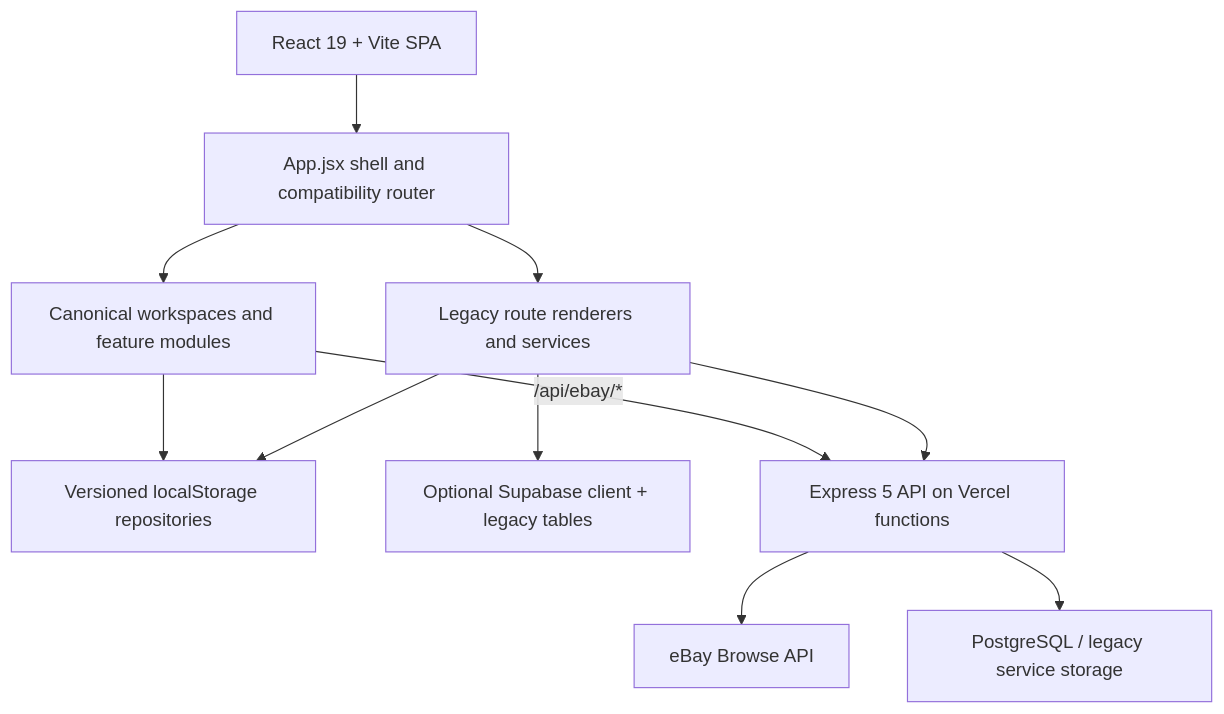
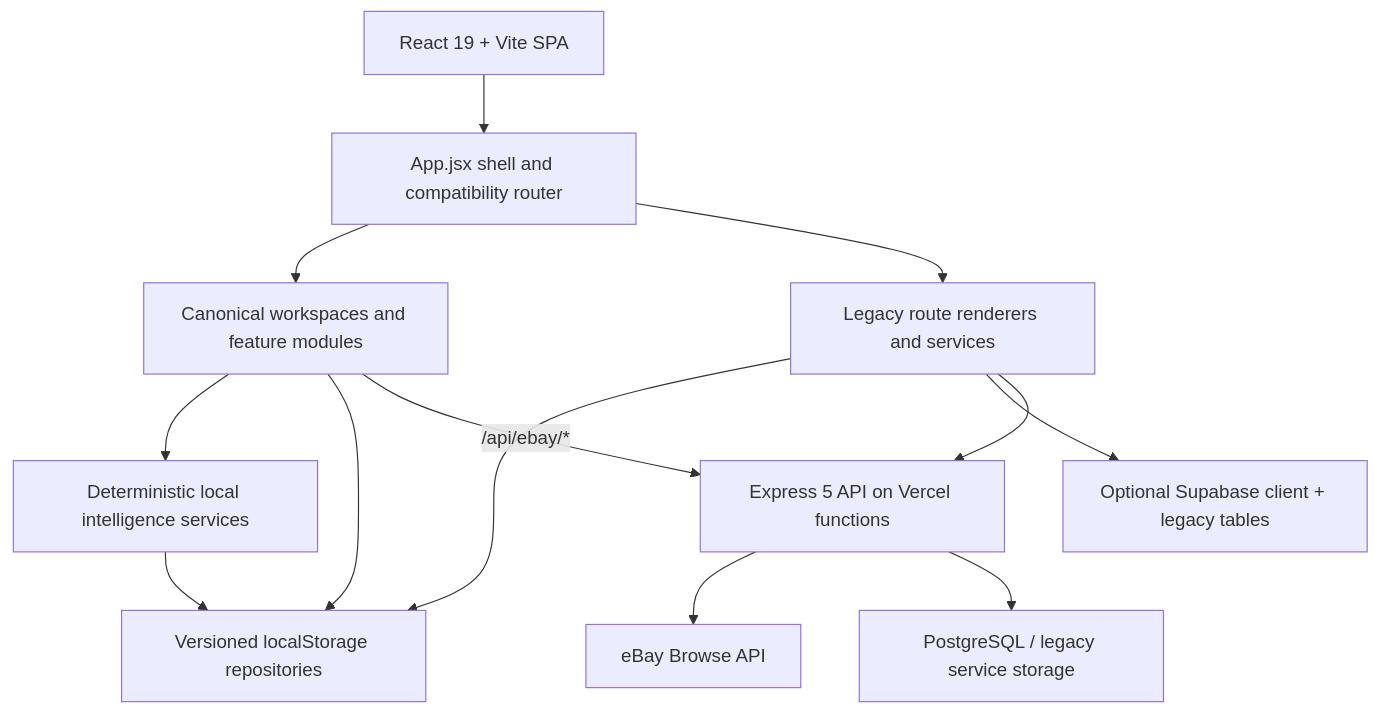
One commit to zafthegreat-cyber/ember-ledger changed the first of 2 diagrams in docs/ARCHITECTURE.md. Above: the diagram before and after it, drawn with Mermaid. The commit also changed other lines of this file and 43 other files, not shown here.

````diff
--- a/docs/ARCHITECTURE.md
+++ b/docs/ARCHITECTURE.md
@@ -53,23 +72,26 @@
 ```mermaid
 flowchart TD
     Browser["React 19 + Vite SPA"]
     Shell["App.jsx shell and compatibility router"]
     Canonical["Canonical workspaces and feature modules"]
+    Intelligence["Deterministic local intelligence services"]
     Legacy["Legacy route renderers and services"]
     Local["Versioned localStorage repositories"]
     Supabase["Optional Supabase client + legacy tables"]
     API["Express 5 API on Vercel functions"]
     Ebay["eBay Browse API"]
     Postgres["PostgreSQL / legacy service storage"]
 
     Browser --> Shell
     Shell --> Canonical
     Shell --> Legacy
+    Canonical --> Intelligence
+    Intelligence --> Local
     Canonical --> Local
     Legacy --> Local
     Legacy --> Supabase
     Canonical -->|"/api/ebay/*"| API
     Legacy --> API
     API --> Ebay
     API --> Postgres
 ```
````
